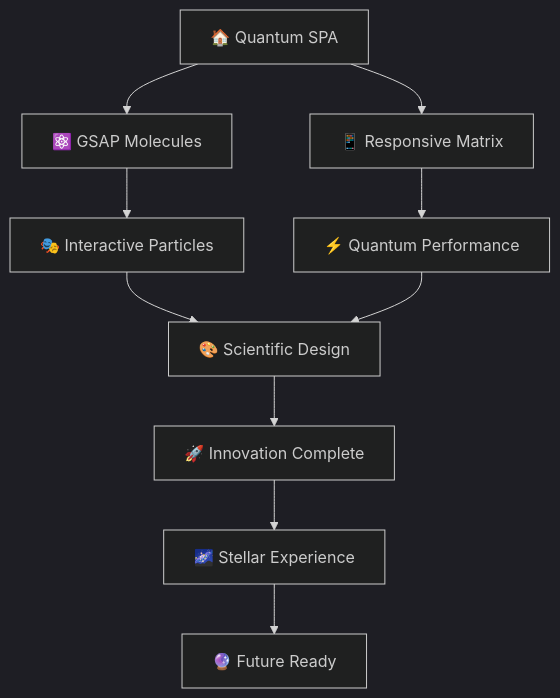
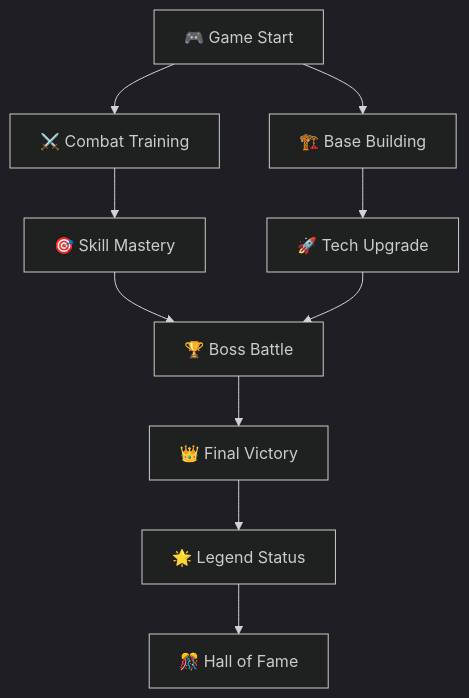
One commit to DhanaBalan2001/Portfolio-2.0 changed the diagram in README.md. Above: the diagram before and after it, drawn with Mermaid (dark theme). The commit also changed other lines of this file, not shown here.

````diff
--- a/README.md
+++ b/README.md
@@ -277,12 +314,12 @@
 ```mermaid
 graph TD
-    A[🏠 Quantum SPA] --> B[⚛️ GSAP Molecules]
-    A --> C[📱 Responsive Matrix]
-    B --> D[🎭 Interactive Particles]
-    C --> E[⚡ Quantum Performance]
-    D --> F[🎨 Scientific Design]
+    A[🎮 Game Start] --> B[⚔️ Combat Training]
+    A --> C[🏗️ Base Building]
+    B --> D[🎯 Skill Mastery]
+    C --> E[🚀 Tech Upgrade]
+    D --> F[🏆 Boss Battle]
     E --> F
-    F --> G[🚀 Innovation Complete]
-    G --> H[🌌 Stellar Experience]
-    H --> I[🔮 Future Ready]
+    F --> G[👑 Final Victory]
+    G --> H[🌟 Legend Status]
+    H --> I[🎊 Hall of Fame]
 ```
````
